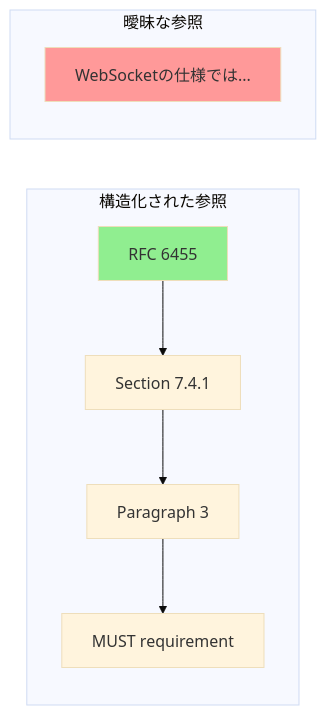
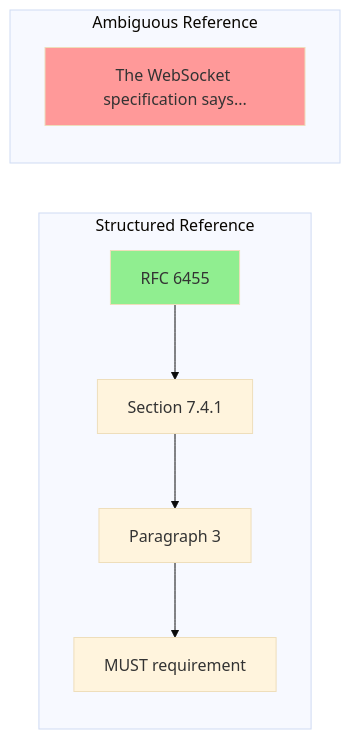
One commit to shuji-bonji/ai-agent-architecture changed the seventh of 15 diagrams in docs/concepts/02-reference-sources.md. Above: the diagram before and after it, drawn with Mermaid (base theme). The commit also changed other lines of this file and 42 other files, not shown here.

````diff
--- a/docs/concepts/02-reference-sources.md
+++ b/docs/concepts/02-reference-sources.md
@@ -247,18 +249,18 @@
 ```mermaid
 graph LR
-    subgraph 構造化された参照
+    subgraph Structured Reference
         RFC["RFC 6455"]
         SEC["Section 7.4.1"]
         PARA["Paragraph 3"]
         REQ["MUST requirement"]
     end
 
     RFC --> SEC --> PARA --> REQ
 
-    subgraph 曖昧な参照
-        VAGUE["WebSocketの仕様では..."]
+    subgraph Ambiguous Reference
+        VAGUE["The WebSocket specification says..."]
     end
 
     style RFC fill:#90EE90
     style VAGUE fill:#ff9999
 ```
````
